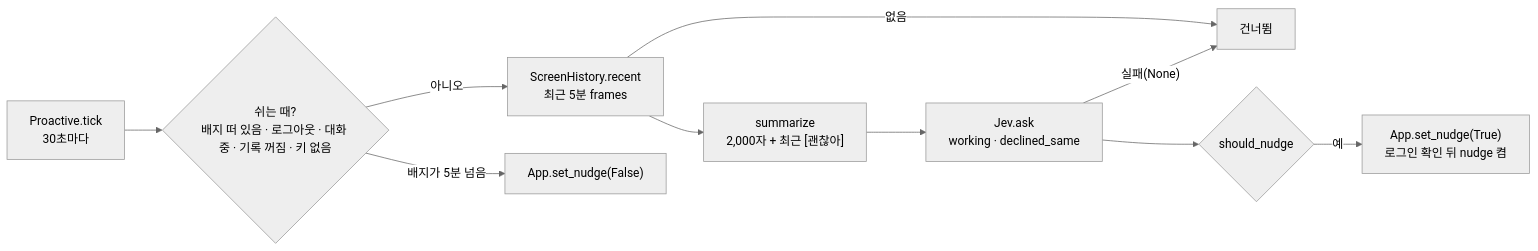
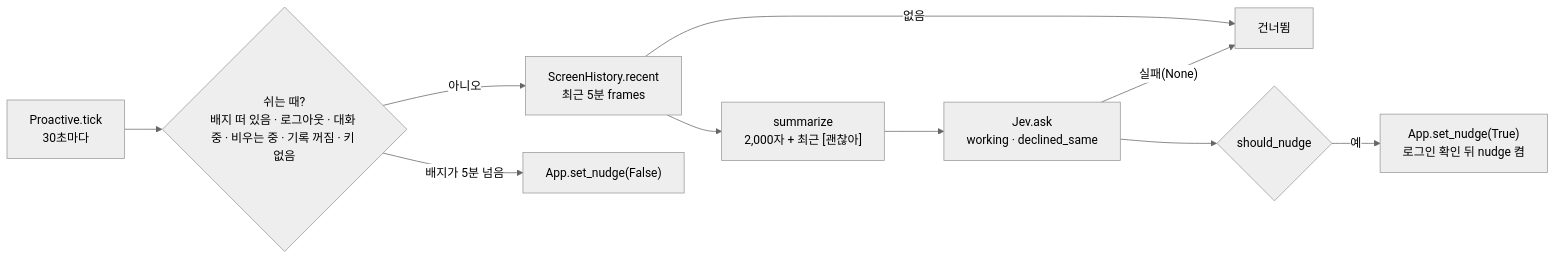
Before and after one commit to HEOSEONGILml/AssistantChatBot: diagram 11 of 21 in ARCHITECTURE.md, drawn with Mermaid (neutral theme). The commit also changed other lines of this file and 15 other files, not shown here.

````diff
--- a/ARCHITECTURE.md
+++ b/ARCHITECTURE.md
@@ -343,12 +343,12 @@
 ```mermaid
 flowchart LR
-  T["Proactive.tick<br>30초마다"] --> REST{"쉬는 때?<br>배지 떠 있음 · 로그아웃 · 대화 중 · 기록 꺼짐 · 키 없음"}
+  T["Proactive.tick<br>30초마다"] --> REST{"쉬는 때?<br>배지 떠 있음 · 로그아웃 · 대화 중 · 비우는 중 · 기록 꺼짐 · 키 없음"}
   REST -->|"아니오"| H["ScreenHistory.recent<br>최근 5분 frames"]
   H -->|"없음"| SKIP["건너뜀"]
   H --> SUM["summarize<br>2,000자 + 최근 [괜찮아]"]
   SUM --> J["Jev.ask<br>working · declined_same"]
   J -->|"실패(None)"| SKIP
   J --> C{"should_nudge"}
   C -->|"예"| ON["App.set_nudge(True)<br>로그인 확인 뒤 nudge 켬"]
   REST -->|"배지가 5분 넘음"| OFF["App.set_nudge(False)"]
 ```
````
